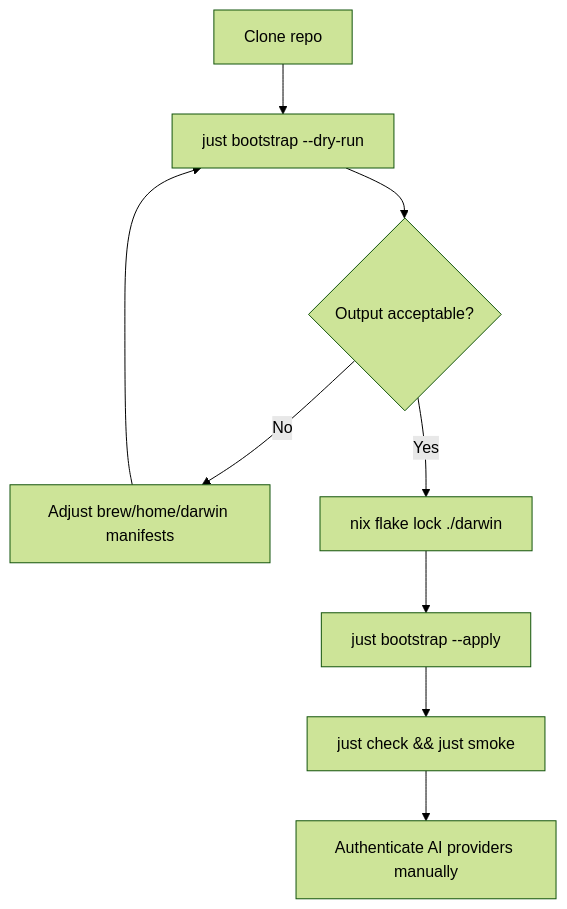
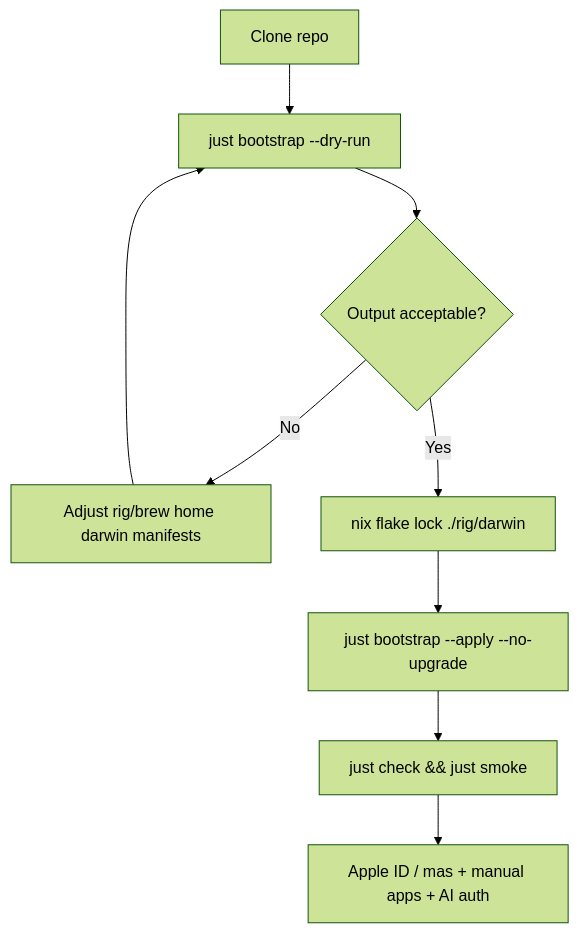
Before and after one commit to wyattowalsh/dotfiles: the diagram in docs/content/docs/fresh-mac.mdx, drawn with Mermaid (forest theme). The commit also changed other lines of this file and 162 other files, not shown here.

````diff
--- a/docs/content/docs/fresh-mac.mdx
+++ b/docs/content/docs/fresh-mac.mdx
@@ -48,11 +57,11 @@
 ```mermaid
 flowchart TD
   A[Clone repo] --> B[just bootstrap --dry-run]
   B --> C{Output acceptable?}
-  C -->|No| D[Adjust brew/home/darwin manifests]
+  C -->|No| D[Adjust rig/brew home darwin manifests]
   D --> B
-  C -->|Yes| E[nix flake lock ./darwin]
-  E --> F[just bootstrap --apply]
+  C -->|Yes| E[nix flake lock ./rig/darwin]
+  E --> F[just bootstrap --apply --no-upgrade]
   F --> G[just check && just smoke]
-  G --> H[Authenticate AI providers manually]
+  G --> H[Apple ID / mas + manual apps + AI auth]
 ```
````
